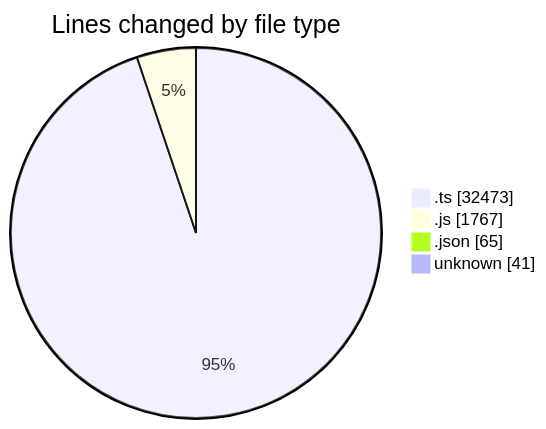
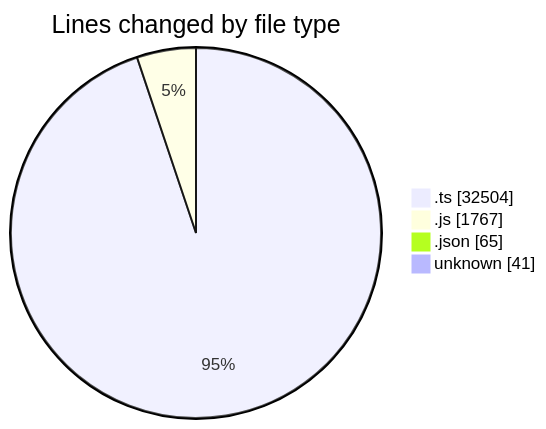
Before and after one commit to momahboobian/code-tracking: the first of 2 diagrams in 2025-07-31/cda/README.md, drawn with Mermaid. The commit also changed other lines of this file and 1 other file, not shown here.

````diff
--- a/2025-07-31/cda/README.md
+++ b/2025-07-31/cda/README.md
@@ -29,8 +29,8 @@
 ```mermaid
 pie showData
 title Lines changed by file type
-".ts" : 32473
+".ts" : 32504
 ".js" : 1767
 ".json" : 65
 "unknown" : 41
 ```
````
